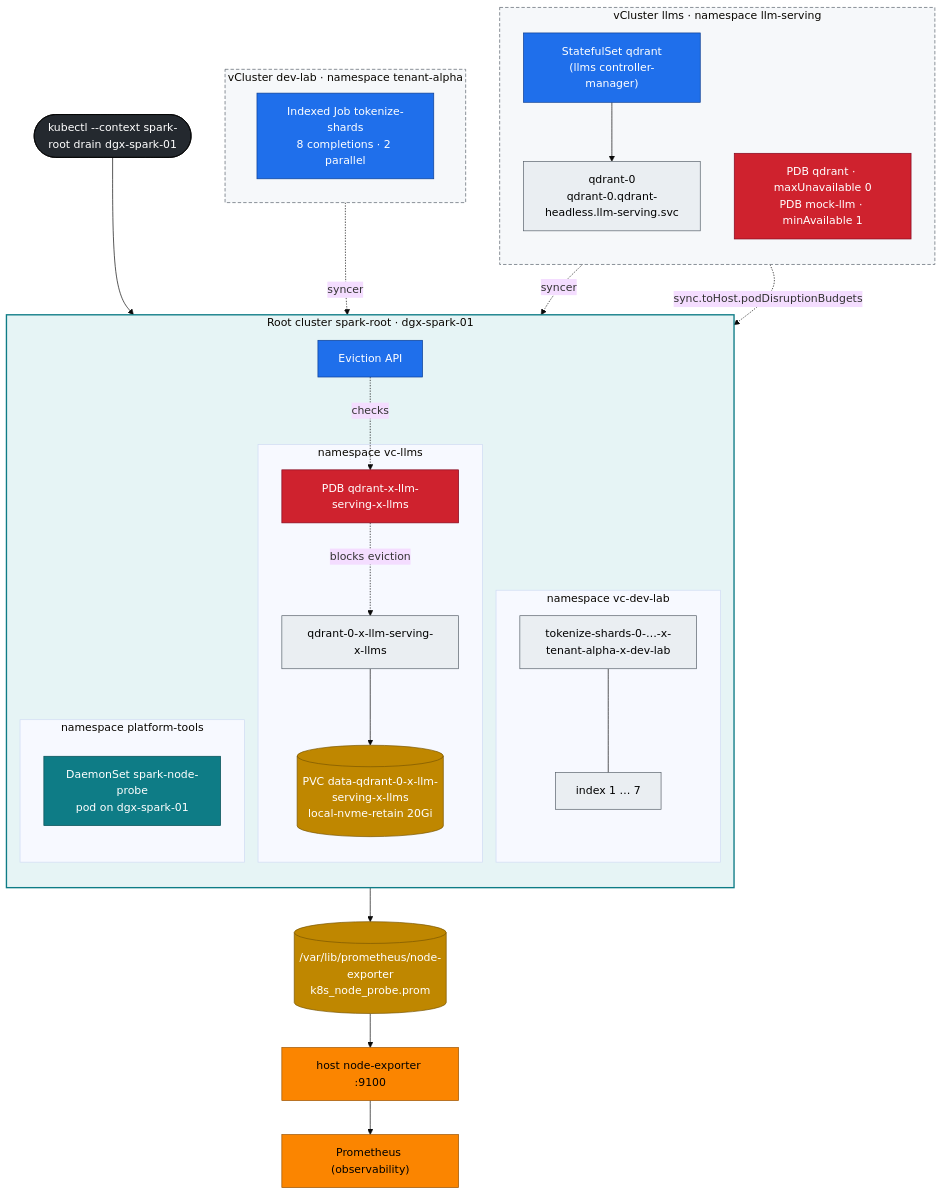
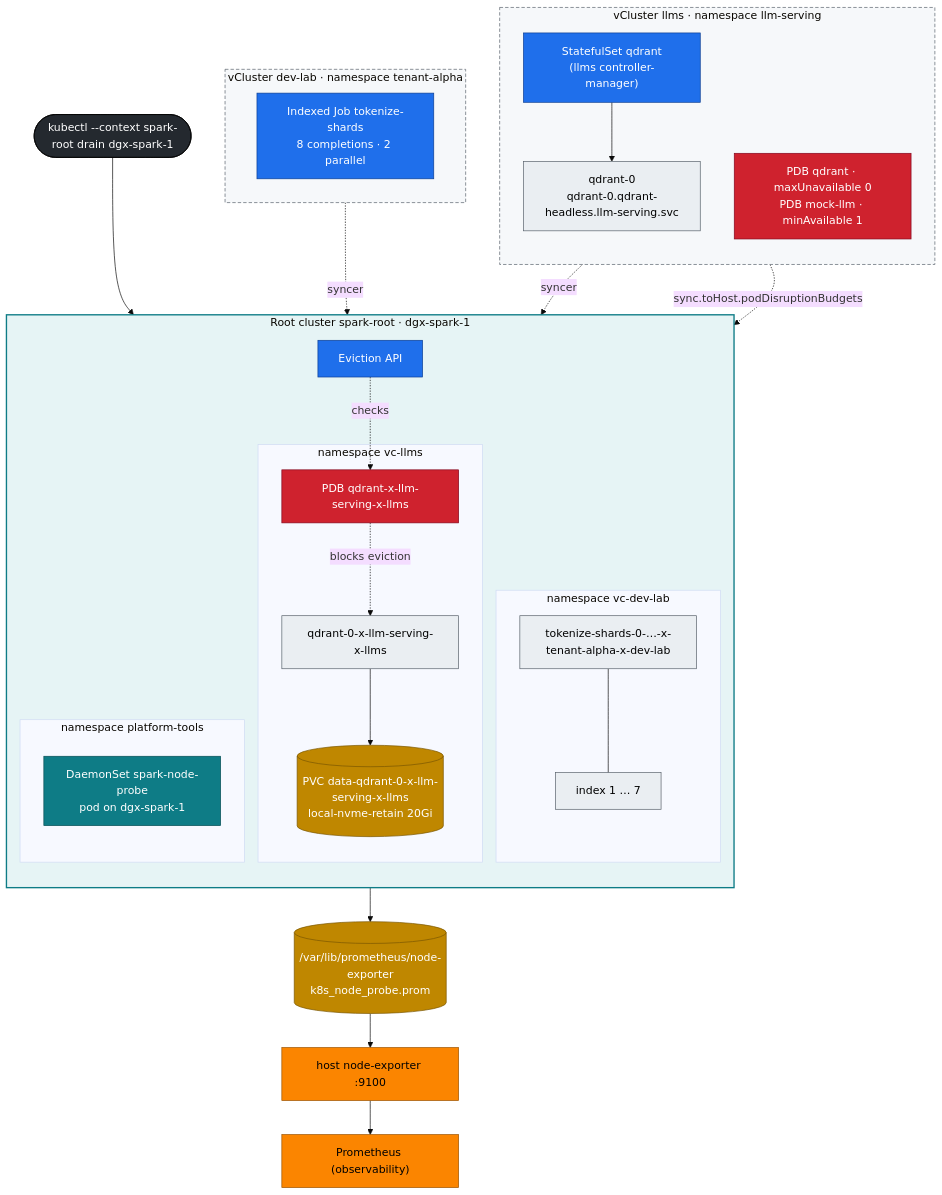
The diagram in 02 Kubernetes/10-advanced-workload-controllers.md (cloudone365/technical-depth), drawn with Mermaid (base theme) before and after one commit. The commit also changed other lines of this file and 91 other files, not shown here.

First line of the commit message:
Rename the Spark hosts to dgx-spark-1 / dgx-spark-2

````diff
--- a/02 Kubernetes/10-advanced-workload-controllers.md
+++ b/02 Kubernetes/10-advanced-workload-controllers.md
@@ -44,51 +44,51 @@
 ```mermaid
 flowchart TB
   subgraph LLMS["vCluster llms · namespace llm-serving"]
     direction TB
     STS["StatefulSet qdrant<br/>(llms controller-manager)"] --> Q0V["qdrant-0<br/>qdrant-0.qdrant-headless.llm-serving.svc"]
     PDBV["PDB qdrant · maxUnavailable 0<br/>PDB mock-llm · minAvailable 1"]
   end
   subgraph DEV["vCluster dev-lab · namespace tenant-alpha"]
     direction LR
     JOB["Indexed Job tokenize-shards<br/>8 completions · 2 parallel"]
   end
-  subgraph ROOT["Root cluster spark-root · dgx-spark-01"]
+  subgraph ROOT["Root cluster spark-root · dgx-spark-1"]
     direction TB
     subgraph VCL["namespace vc-llms"]
       Q0["qdrant-0-x-llm-serving-x-llms"] --> PVC0[("PVC data-qdrant-0-x-llm-serving-x-llms<br/>local-nvme-retain 20Gi")]
       PDBR["PDB qdrant-x-llm-serving-x-llms"]
     end
     subgraph VCD["namespace vc-dev-lab"]
       I0["tokenize-shards-0-…-x-tenant-alpha-x-dev-lab"] --- I1["index 1 … 7"]
     end
     subgraph PT["namespace platform-tools"]
-      NP1["DaemonSet spark-node-probe<br/>pod on dgx-spark-01"]
+      NP1["DaemonSet spark-node-probe<br/>pod on dgx-spark-1"]
     end
     EVICT["Eviction API"]
   end
   Q0V -. "syncer" .-> Q0
   PDBV -. "sync.toHost.podDisruptionBudgets" .-> PDBR
   JOB -. "syncer" .-> I0
   NP1 --> TF[("/var/lib/prometheus/node-exporter<br/>k8s_node_probe.prom")]
   TF --> NE["host node-exporter :9100"] --> PROM["Prometheus (observability)"]
-  DRAIN(["kubectl --context spark-root drain dgx-spark-01"]) --> EVICT
+  DRAIN(["kubectl --context spark-root drain dgx-spark-1"]) --> EVICT
   EVICT -. "checks" .-> PDBR
   PDBR -. "blocks eviction" .-> Q0
   classDef ctrl fill:#1f6feb,stroke:#0b3d91,color:#fff
   classDef store fill:#bf8700,stroke:#7a5600,color:#fff
   classDef obs fill:#fb8500,stroke:#9a5200,color:#000
   classDef sec fill:#cf222e,stroke:#82071e,color:#fff
   classDef tenant fill:#eaeef2,stroke:#57606a,color:#000
   classDef node fill:#0e7c86,stroke:#064e54,color:#fff
   classDef ext fill:#24292f,stroke:#000,color:#fff
   class STS,JOB,EVICT ctrl
   class PVC0,TF store
   class NE,PROM obs
   class PDBV,PDBR sec
   class Q0V,Q0,I0,I1 tenant
   class NP1 node
   class DRAIN ext
   style ROOT fill:#e6f4f5,stroke:#0e7c86,stroke-width:2px
   style LLMS fill:#f6f8fa,stroke:#57606a,stroke-dasharray:5 3
   style DEV fill:#f6f8fa,stroke:#57606a,stroke-dasharray:5 3
 ```
````
